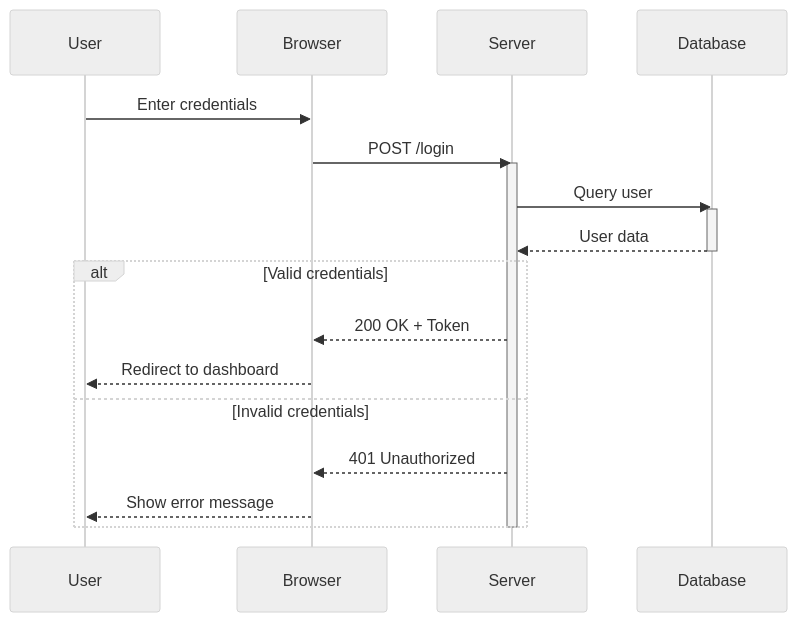
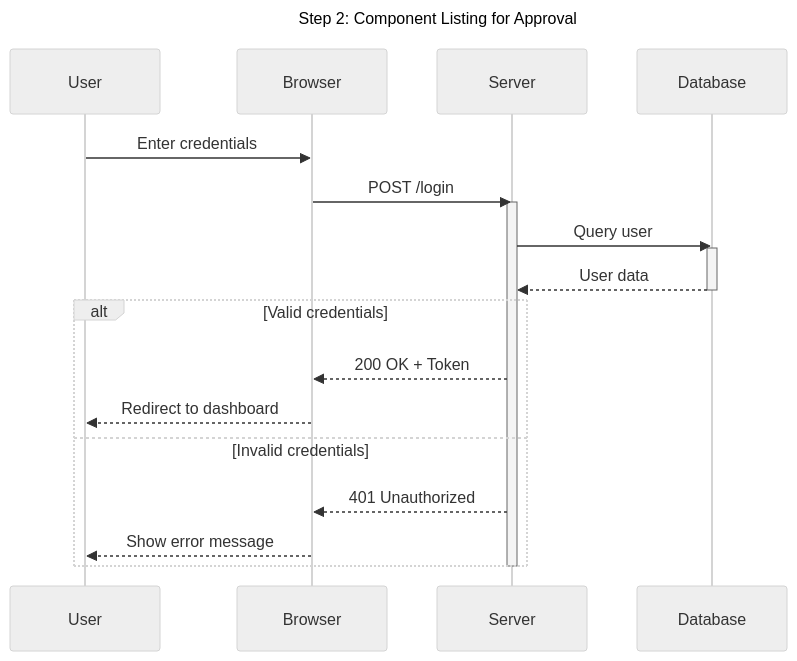
Before and after one commit to onlyutkarsh/mermaid-diagram-lens: the diagram in examples/sequence.mmd, drawn with Mermaid (neutral theme). The commit also changed 2 other files, not shown here.

Commit message:
feat: Add functionality to copy Mermaid code without frontmatter

```diff
--- a/examples/sequence.mmd
+++ b/examples/sequence.mmd
@@ -1,22 +1,25 @@
+---
+title: "Step 2: Component Listing for Approval"
+---
 sequenceDiagram
     participant User
     participant Browser
     participant Server
     participant Database
 
     User->>Browser: Enter credentials
     Browser->>Server: POST /login
     activate Server
     Server->>Database: Query user
     activate Database
     Database-->>Server: User data
     deactivate Database
 
     alt Valid credentials
         Server-->>Browser: 200 OK + Token
         Browser-->>User: Redirect to dashboard
     else Invalid credentials
         Server-->>Browser: 401 Unauthorized
         Browser-->>User: Show error message
     end
     deactivate Server
```
